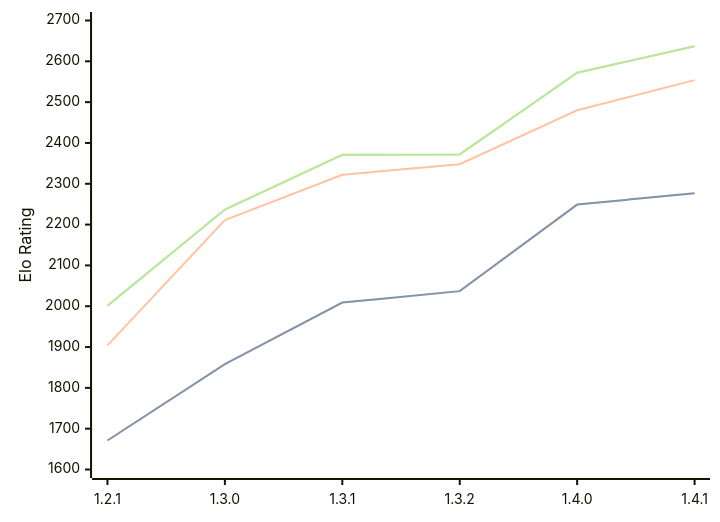
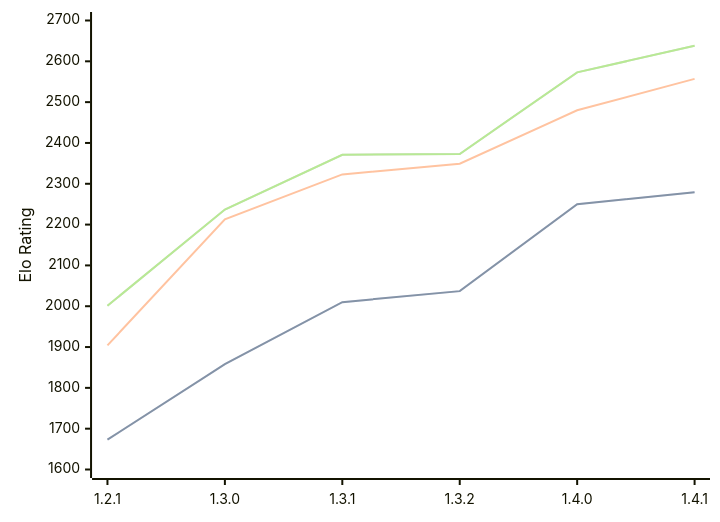
One commit to computer-chess-index/cci changed the diagram in engines/Chal.md. Above: the diagram before and after it, drawn with Mermaid. The commit also changed other lines of this file, not shown here.

Commit message:
Update CCI Ratings (ELO VLTC) - 2026-08-15

````diff
--- a/engines/Chal.md
+++ b/engines/Chal.md
@@ -36,11 +36,11 @@
 ```mermaid
 %%{init: {"theme":"base","themeVariables":{"seriesColors:['#a3a3a3','#222221','#faa371']}}}%%
 xychart-beta
   x-axis ["1.2.1", "1.3.0", "1.3.1", "1.3.2", "1.4.0", "1.4.1"]
   y-axis "Elo Rating" 1600 --> 2700
-  line "STC (8.0+0.08s)" [1671, 1858, 2009, 2037, 2249, 2277]
-  line "STC (8.0+0.08s)" [1671, 1858, 2009, 2037, 2249, 2277]
-  line "LTC (60.0+0.60s)" [1904, 2211, 2322, 2348, 2480, 2554]
-  line "VLTC (2m24s+1.12s)" [2001, 2237, 2371, 2372, 2572, 2637]
-  line "VLTC (2m24s+1.12s)" [2001, 2237, 2371, 2372, 2572, 2637]
+  line "STC (8.0+0.08s)" [1673, 1858, 2010, 2037, 2250, 2279]
+  line "STC (8.0+0.08s)" [1673, 1858, 2010, 2037, 2250, 2279]
+  line "LTC (60.0+0.60s)" [1904, 2213, 2323, 2349, 2480, 2557]
+  line "VLTC (2m24s+1.12s)" [2001, 2237, 2371, 2373, 2573, 2638]
+  line "VLTC (2m24s+1.12s)" [2001, 2237, 2371, 2373, 2573, 2638]
 ```
````
